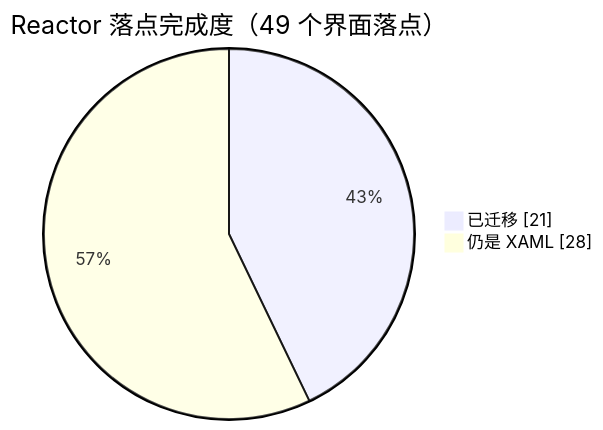
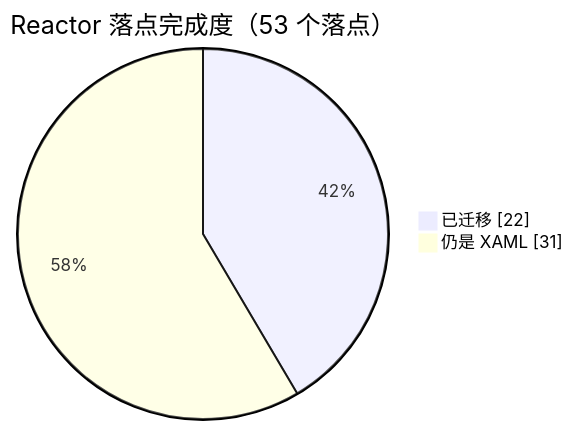
The diagram in README.md (TravelLeobai/Bili.Copilot), drawn with Mermaid before and after one commit. The commit also changed other lines of this file, not shown here.

````diff
--- a/README.md
+++ b/README.md
@@ -38,6 +43,6 @@
 ```mermaid
 pie showData
-    title Reactor 落点完成度（49 个界面落点）
-    "已迁移" : 21
-    "仍是 XAML" : 28
+    title Reactor 落点完成度（53 个落点）
+    "已迁移" : 22
+    "仍是 XAML" : 31
 ```
````
